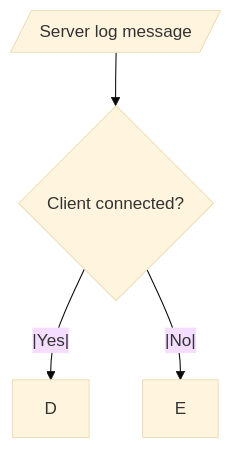
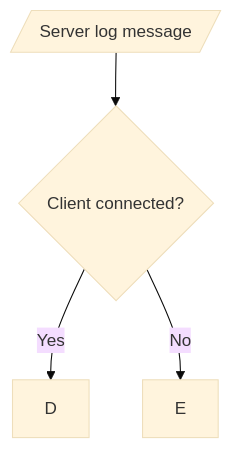
Before and after one commit to carlosjhr64/l4d2-observer: the diagram in README.md, drawn with Mermaid (base theme).

Commit message:
mermaid - yes/no

````diff
--- a/README.md
+++ b/README.md
@@ -32,6 +32,6 @@
 ```mermaid
 flowchart TD;
   A[/Server log message/]-->B{Client connected?};
-  B--|Yes|-->D;
-  B--|No|-->E;
+  B-->|Yes|D;
+  B-->|No|E;
 ```
````
